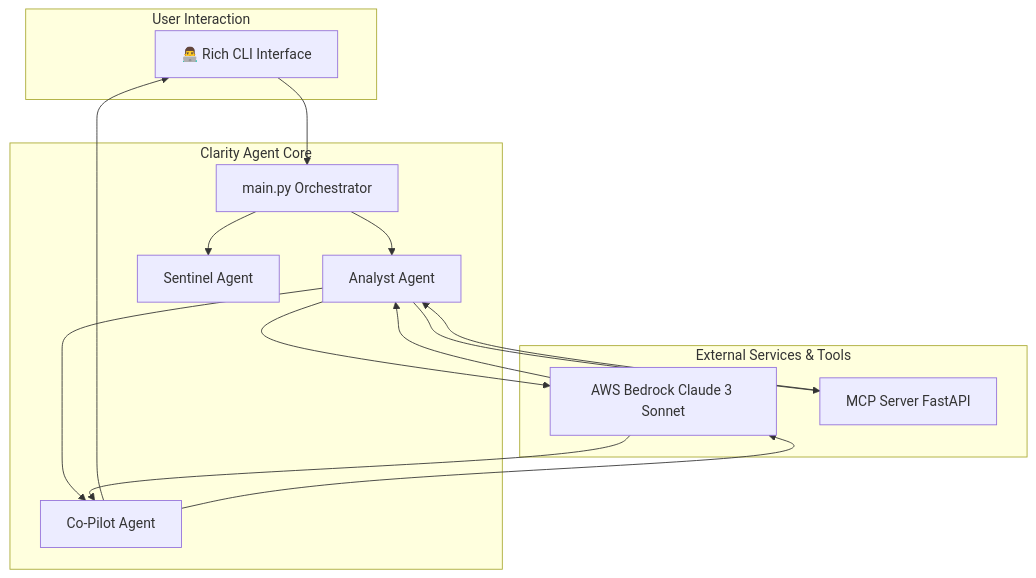
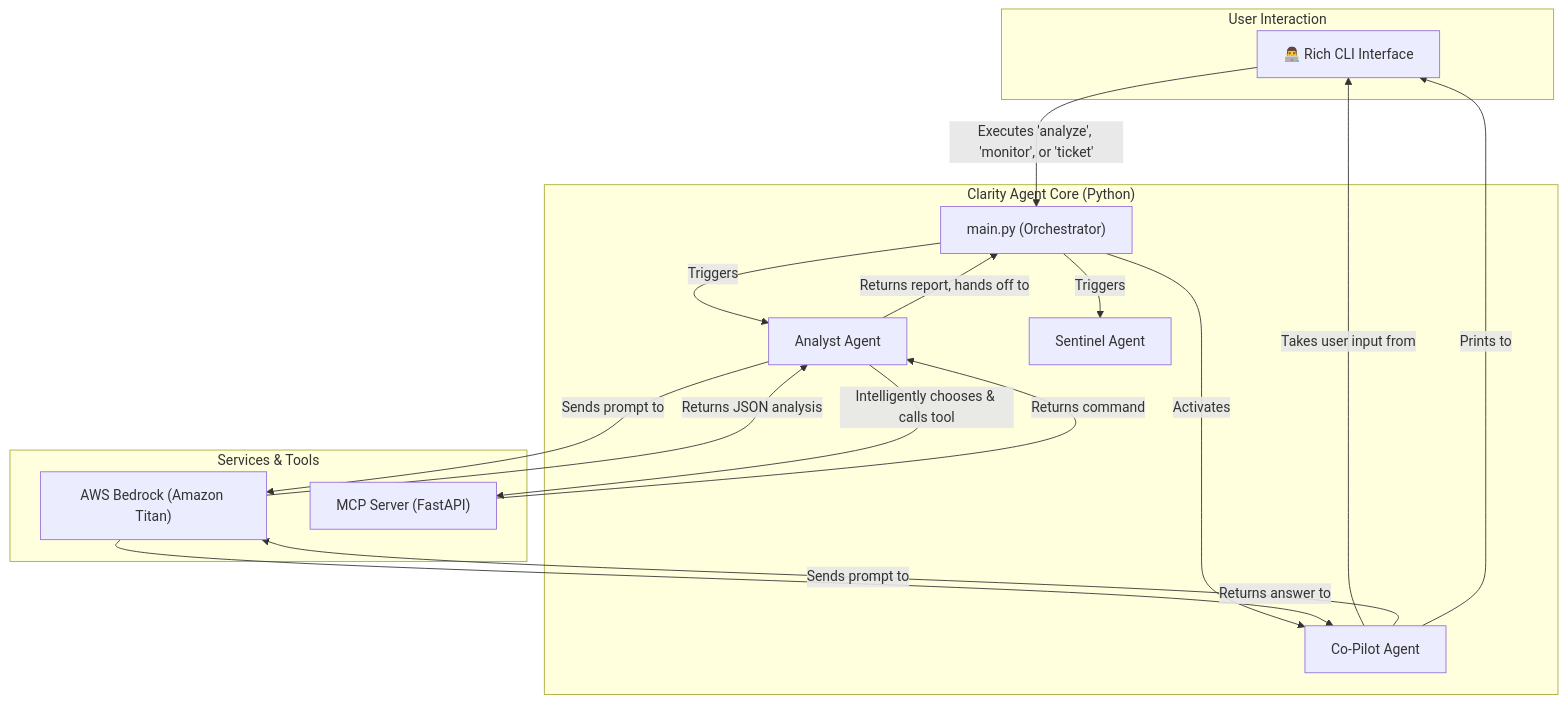
Before and after one commit to kp183/clarity-agent: the diagram in README.md, drawn with Mermaid. The commit also changed other lines of this file, not shown here.

````diff
--- a/README.md
+++ b/README.md
@@ -57,30 +43,32 @@
 ```mermaid
 graph TD
     subgraph "User Interaction"
         CLI[👨‍💻 Rich CLI Interface]
     end
 
-    subgraph "Clarity Agent Core"
-        Orchestrator[main.py Orchestrator]
-        Analyst[Analyst Agent]
-        Sentinel[Sentinel Agent]
-        CoPilot[Co-Pilot Agent]
+    subgraph "Clarity Agent Core (Python)"
+        Orchestrator["main.py (Orchestrator)"]
+        Analyst["Analyst Agent"]
+        Sentinel["Sentinel Agent"]
+        CoPilot["Co-Pilot Agent"]
     end
 
-    subgraph "External Services & Tools"
-        Bedrock[AWS Bedrock Claude 3 Sonnet]
-        MCPServer[MCP Server FastAPI]
+    subgraph "Services & Tools"
+        Bedrock["AWS Bedrock (Amazon Titan)"]
+        MCPServer["MCP Server (FastAPI)"]
     end
 
-    CLI --> Orchestrator
-    Orchestrator --> Analyst
-    Orchestrator --> Sentinel
-    Analyst --> Bedrock
-    Bedrock --> Analyst
-    Analyst --> MCPServer
-    MCPServer --> Analyst
-    Analyst --> CoPilot
-    CoPilot --> CLI
-    CoPilot --> Bedrock
-    Bedrock --> CoPilot
+    CLI -- "Executes 'analyze', 'monitor', or 'ticket'" --> Orchestrator
+    Orchestrator -- "Triggers" --> Analyst
+    Orchestrator -- "Triggers" --> Sentinel
+    Analyst -- "Sends prompt to" --> Bedrock
+    Bedrock -- "Returns JSON analysis" --> Analyst
+    Analyst -- "Intelligently chooses & calls tool" --> MCPServer
+    MCPServer -- "Returns command" --> Analyst
+    Analyst -- "Returns report, hands off to" --> Orchestrator
+    Orchestrator -- "Activates" --> CoPilot
+    CoPilot -- "Takes user input from" --> CLI
+    CoPilot -- "Sends prompt to" --> Bedrock
+    Bedrock -- "Returns answer to" --> CoPilot
+    CoPilot -- "Prints to" --> CLI
 ```
````
